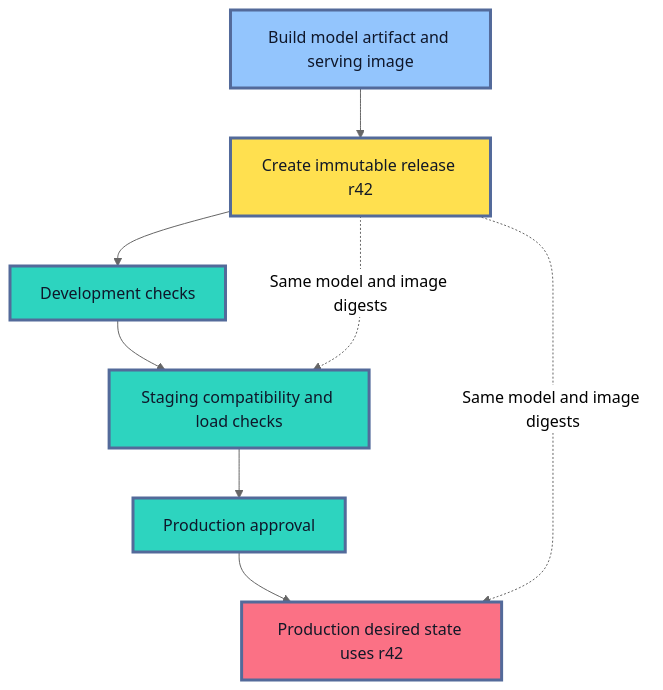
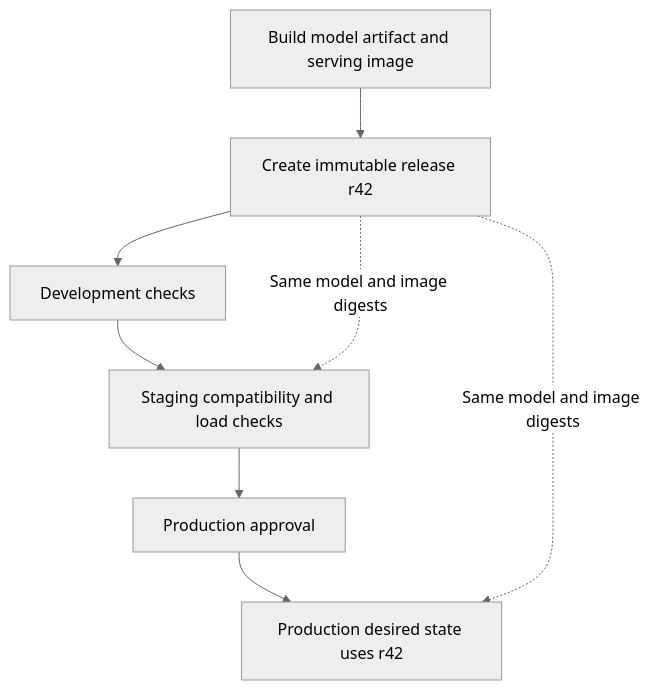
The fourth of 4 diagrams in roadmaps/mlops/modules/deployment-and-release-management/model-release-basics/02-model-versioning-in-production.md (senlinyy/dev-roadmaps), drawn with Mermaid (neutral theme) before and after one commit. The commit also changed other lines of this file and 152 other files, not shown here.

Commit message:
feat: mlops and diagrams updated

````diff
--- a/roadmaps/mlops/modules/deployment-and-release-management/model-release-basics/02-model-versioning-in-production.md
+++ b/roadmaps/mlops/modules/deployment-and-release-management/model-release-basics/02-model-versioning-in-production.md
@@ -329,19 +318,15 @@
 ```mermaid
 flowchart TD
     A["Build model artifact and serving image"] --> B["Create immutable release r42"]
     B --> C["Development checks"]
     C --> D["Staging compatibility and load checks"]
     D --> E["Production approval"]
     E --> F["Production desired state uses r42"]
     B -. "Same model and image digests" .-> D
     B -. "Same model and image digests" .-> F
 
-    classDef build fill:#93C5FD,stroke:#536A9A,stroke-width:3px,color:#0F172A
-    classDef release fill:#FFE04F,stroke:#536A9A,stroke-width:3px,color:#111827
-    classDef gate fill:#2DD4BF,stroke:#536A9A,stroke-width:3px,color:#0F172A
-    classDef production fill:#FB7185,stroke:#536A9A,stroke-width:3px,color:#111827
     class A build
     class B release
     class C,D,E gate
     class F production
 ```
````
